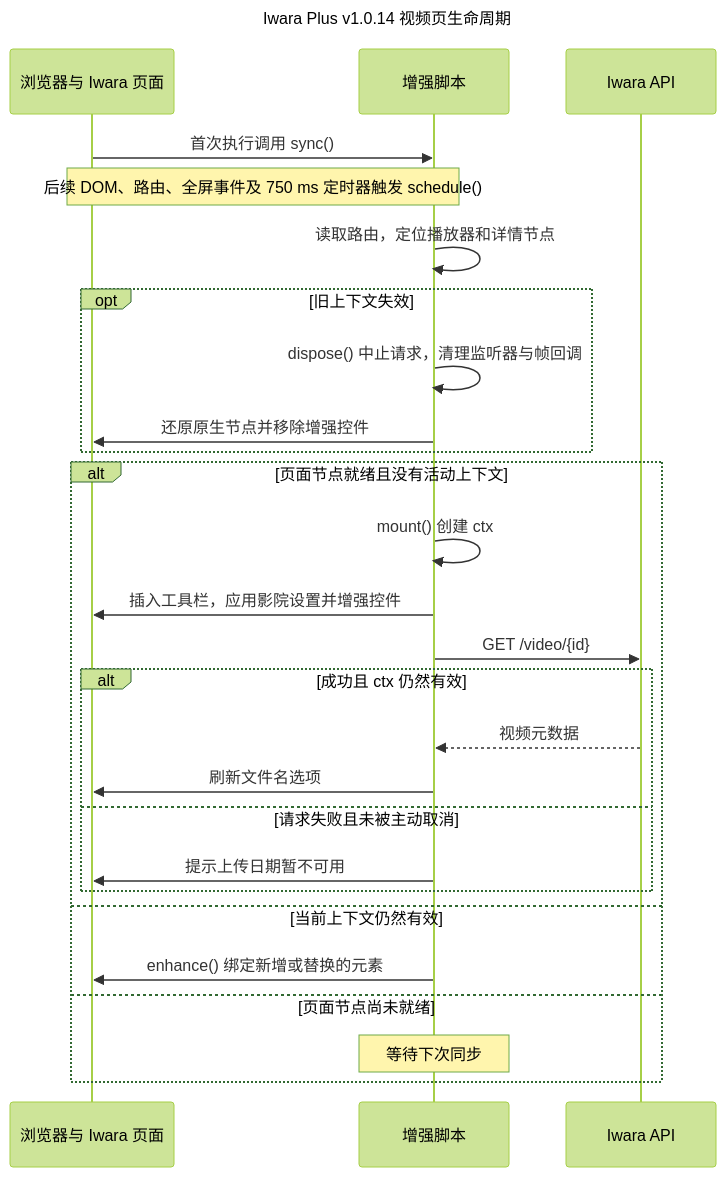
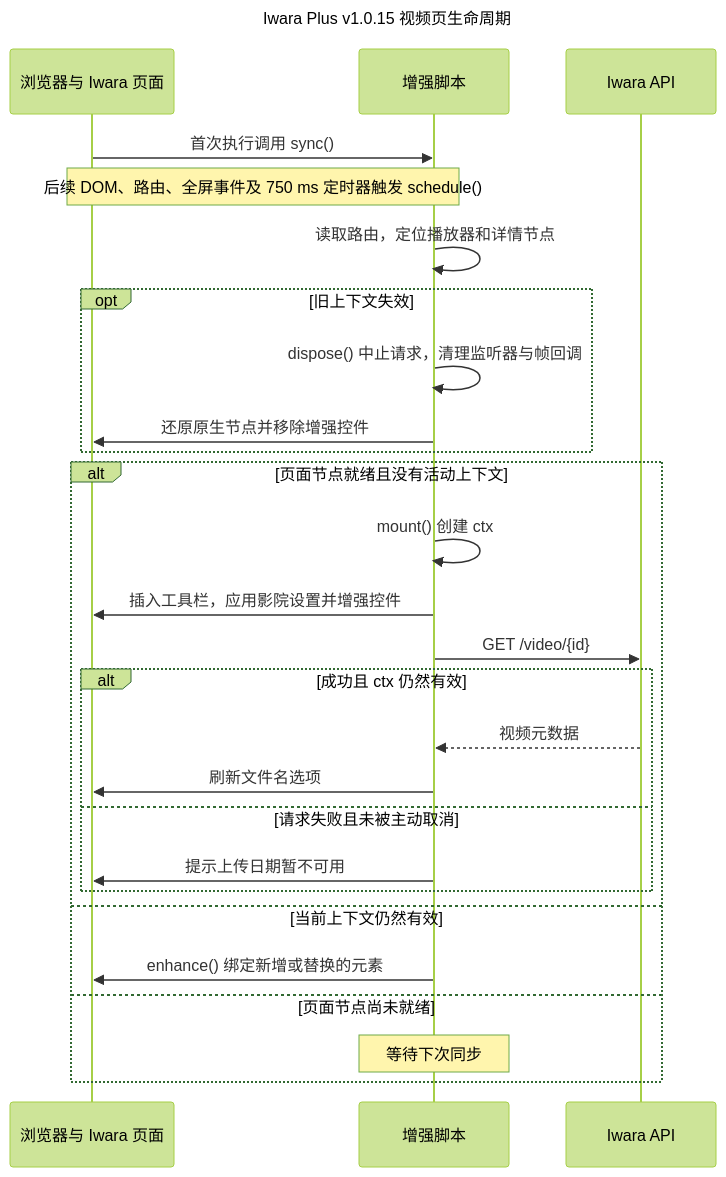
One commit to lhYanghc/iwara-plus changed the second of 6 diagrams in docs/architecture.zh-CN.md. Above: the diagram before and after it, drawn with Mermaid (forest theme). The commit also changed other lines of this file and 7 other files, not shown here.

````diff
--- a/docs/architecture.zh-CN.md
+++ b/docs/architecture.zh-CN.md
@@ -67,31 +70,31 @@
 ```mermaid
 ---
-title: Iwara Plus v1.0.14 视频页生命周期
+title: Iwara Plus v1.0.15 视频页生命周期
 ---
 sequenceDiagram
     participant B as 浏览器与 Iwara 页面
     participant L as 增强脚本
     participant A as Iwara API
     B->>L: 首次执行调用 sync()
     Note over B,L: 后续 DOM、路由、全屏事件及 750 ms 定时器触发 schedule()
     L->>L: 读取路由，定位播放器和详情节点
     opt 旧上下文失效
         L->>L: dispose() 中止请求，清理监听器与帧回调
         L->>B: 还原原生节点并移除增强控件
     end
     alt 页面节点就绪且没有活动上下文
         L->>L: mount() 创建 ctx
         L->>B: 插入工具栏，应用影院设置并增强控件
         L->>A: GET /video/{id}
         alt 成功且 ctx 仍然有效
             A-->>L: 视频元数据
             L->>B: 刷新文件名选项
         else 请求失败且未被主动取消
             L->>B: 提示上传日期暂不可用
         end
     else 当前上下文仍然有效
         L->>B: enhance() 绑定新增或替换的元素
     else 页面节点尚未就绪
         Note over L: 等待下次同步
     end
 ```
````
